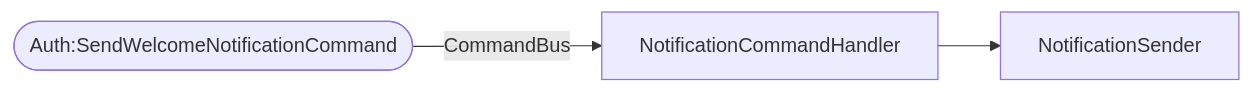
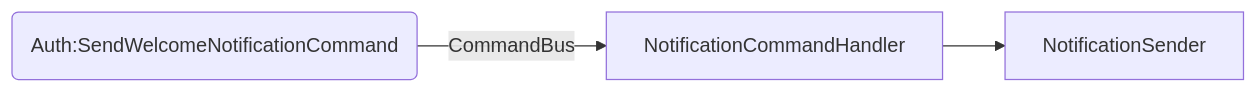
One commit to wilzwert/my-lego-collection changed the fourth of 7 diagrams in back/README.md. Above: the diagram before and after it, drawn with Mermaid. The commit also changed other lines of this file and 94 other files, not shown here.

````diff
--- a/back/README.md
+++ b/back/README.md
@@ -79,4 +76,4 @@
 ```mermaid
 flowchart LR
-A([Auth:SendWelcomeNotificationCommand]) --> |CommandBus| E[NotificationCommandHandler] --> F[NotificationSender] 
+A(Auth:SendWelcomeNotificationCommand) --> |CommandBus| E[NotificationCommandHandler] --> F[NotificationSender] 
 ```
````
